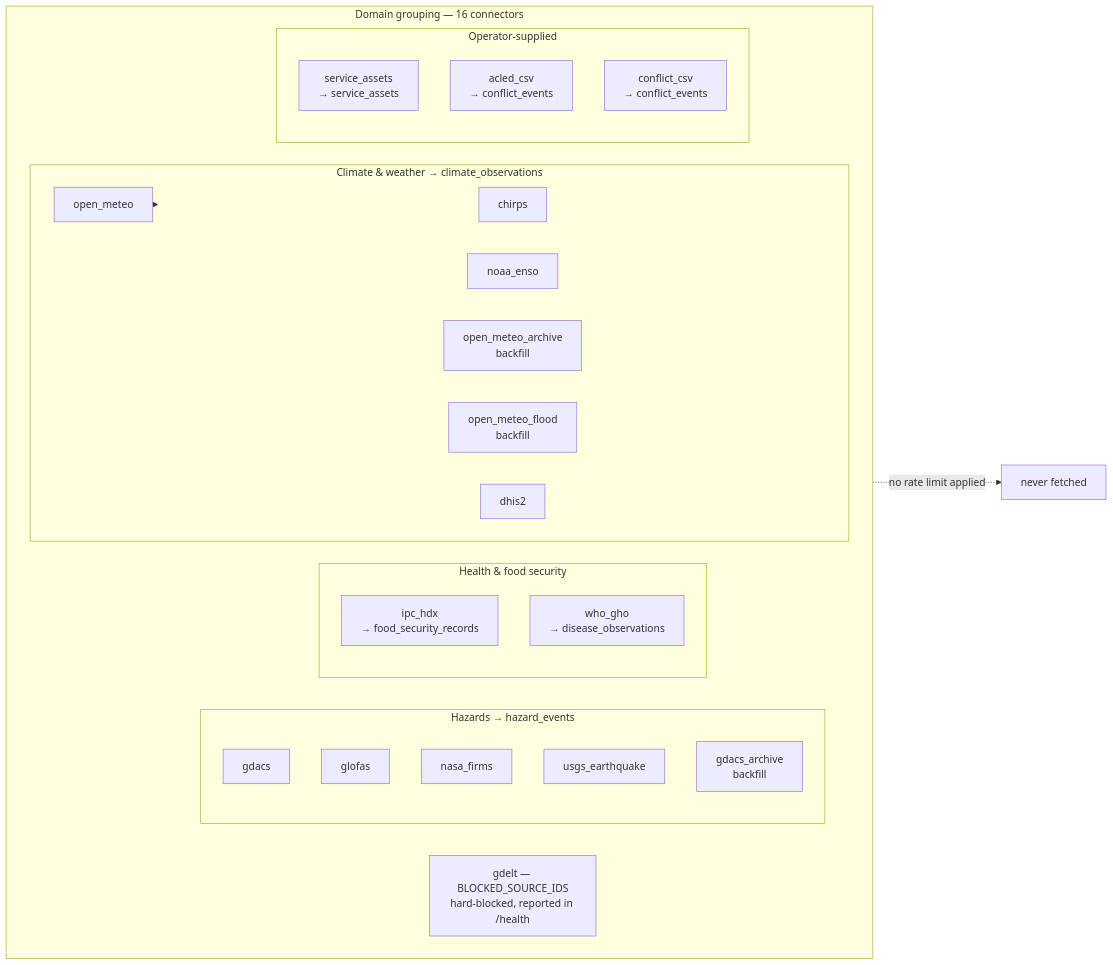
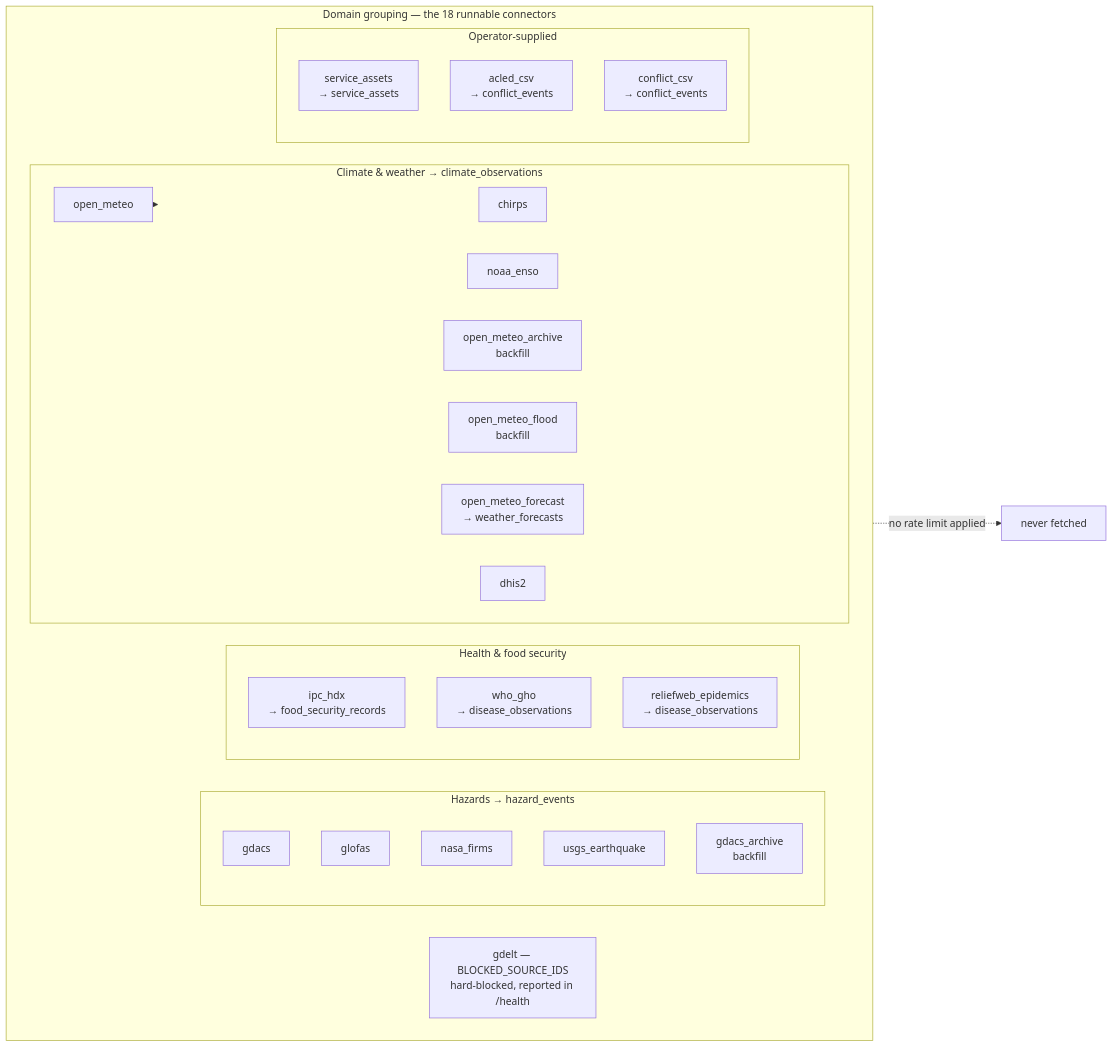
One commit to nyimbi/lindela-lite changed the first of 3 diagrams in docs/architecture/ingestion.md. Above: the diagram before and after it, drawn with Mermaid. The commit also changed other lines of this file and 10 other files, not shown here.

````diff
--- a/docs/architecture/ingestion.md
+++ b/docs/architecture/ingestion.md
@@ -55,33 +65,35 @@
 ```mermaid
 graph LR
-  subgraph domains["Domain grouping — 16 connectors"]
+  subgraph domains["Domain grouping — the 18 runnable connectors"]
     direction LR
     subgraph clim["Climate &amp; weather → climate_observations"]
       om["open_meteo"]
       chirps["chirps"]
       enso["noaa_enso"]
       oma["open_meteo_archive<br/>backfill"]
       omf["open_meteo_flood<br/>backfill"]
+      omfc["open_meteo_forecast<br/>→ weather_forecasts"]
       dhis2["dhis2"]
     end
     subgraph haz["Hazards → hazard_events"]
       gdacs["gdacs"]
       glofas["glofas"]
       firms["nasa_firms"]
       quake["usgs_earthquake"]
       garch["gdacs_archive<br/>backfill"]
     end
     subgraph hfs["Health &amp; food security"]
       ipc["ipc_hdx<br/>→ food_security_records"]
       gho["who_gho<br/>→ disease_observations"]
+      rweb["reliefweb_epidemics<br/>→ disease_observations"]
     end
     subgraph ops["Operator-supplied"]
       assets["service_assets<br/>→ service_assets"]
       acled["acled_csv<br/>→ conflict_events"]
       cc["conflict_csv<br/>→ conflict_events"]
     end
     blocked["gdelt — BLOCKED_SOURCE_IDS<br/>hard-blocked, reported in /health"]
   end
   om --> clim
   blocked -.->|"no rate limit applied"| x["never fetched"]
 ```
````
